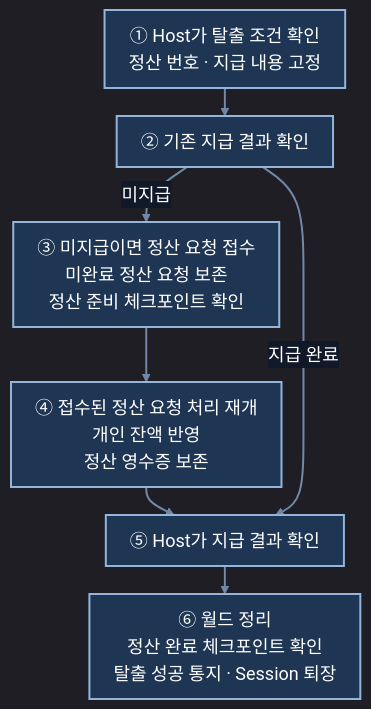
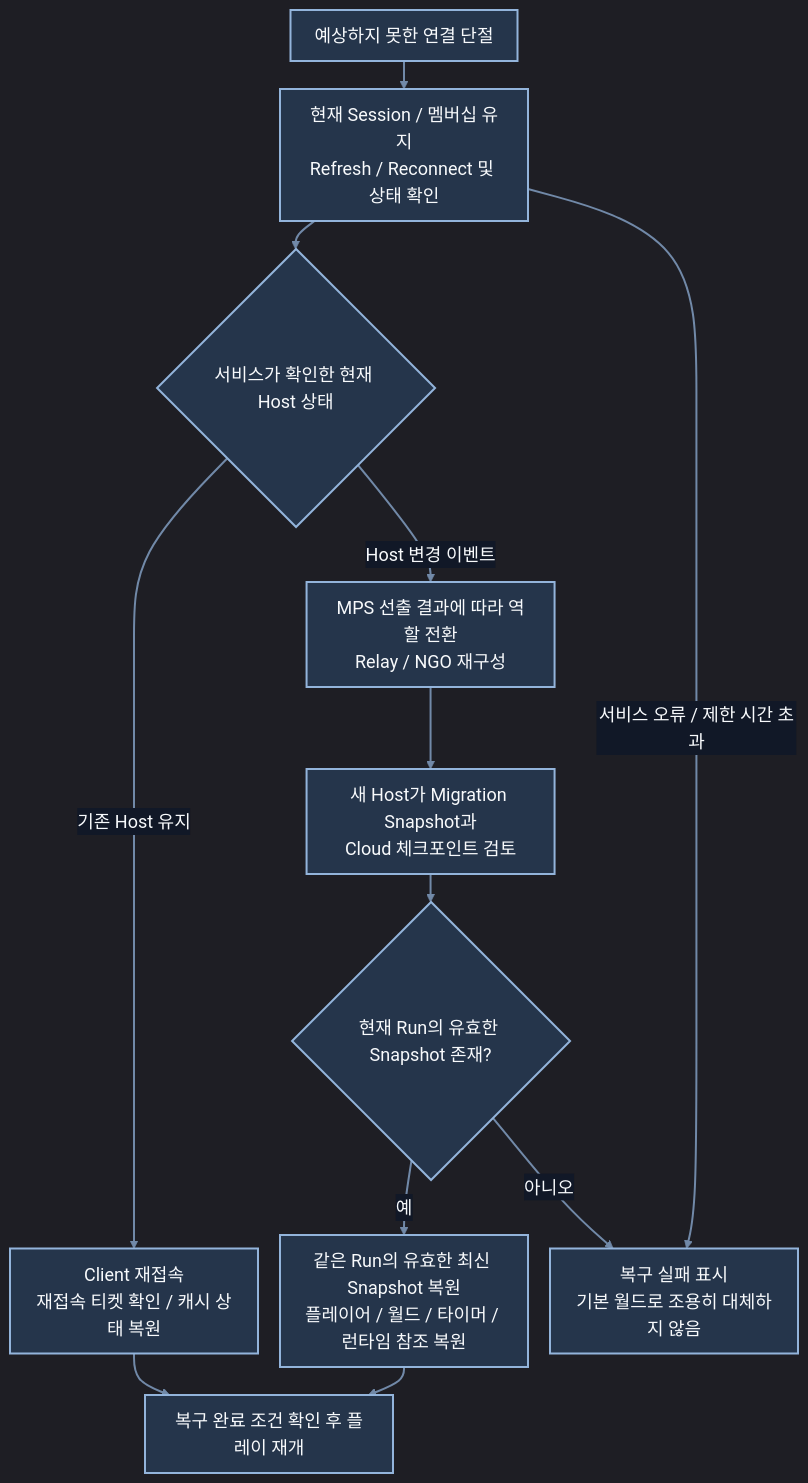
The eighth of 9 diagrams in README.md (theholmes2/EchoZone), drawn with Mermaid before and after one commit. The commit also changed other lines of this file, not shown here.

````diff
--- a/README.md
+++ b/README.md
@@ -109,17 +280,17 @@
 ```mermaid
-%%{init: {"theme":"dark","themeVariables":{"fontSize":"18px","fontFamily":"sans-serif","darkMode":true,"background":"#111827","primaryColor":"#1E3553","primaryTextColor":"#FFFFFF","primaryBorderColor":"#93B4DB","lineColor":"#7189A8","textColor":"#FFFFFF","actorBkg":"#12243A","actorBorder":"#93B4DB","actorTextColor":"#FFFFFF","signalColor":"#FFFFFF","signalTextColor":"#FFFFFF","actorLineColor":"#7189A8","noteBkgColor":"#182A40","noteTextColor":"#FFFFFF","noteBorderColor":"#93B4DB","edgeLabelBackground":"#111827"},"flowchart":{"nodeSpacing":24,"rankSpacing":28,"padding":12,"wrappingWidth":300},"sequence":{"actorMargin":30,"width":120,"height":44,"messageMargin":28,"mirrorActors":false,"wrap":true,"actorFontSize":19,"messageFontSize":18,"noteFontSize":18},"themeCSS":"text, tspan { fill: #FFFFFF !important; } .nodeLabel, .nodeLabel p, .edgeLabel, .edgeLabel p { color: #FFFFFF !important; } .messageText, .noteText { fill: #FFFFFF !important; } .messageLine0, .messageLine1 { stroke: #FFFFFF !important; stroke-width: 2px !important; } .actor-line { stroke: #7189A8 !important; }"}}%%
+%%{init: {"theme":"dark","themeVariables":{"fontSize":"18px","fontFamily":"sans-serif","primaryColor":"#1E3553","primaryTextColor":"#F8FAFC","primaryBorderColor":"#93B4DB","lineColor":"#7189A8","secondaryColor":"#183C30","tertiaryColor":"#49371D","clusterBkg":"#1E3553","clusterBorder":"#93B4DB","actorBkg":"#1E3553","actorBorder":"#93B4DB","actorTextColor":"#F8FAFC","signalColor":"#F8FAFC","signalTextColor":"#F8FAFC","labelBoxBkgColor":"#49371D","labelBoxBorderColor":"#D9B66F","labelTextColor":"#F8FAFC","loopTextColor":"#F8FAFC","noteBkgColor":"#25354B","noteTextColor":"#F8FAFC","noteBorderColor":"#93B4DB","textColor":"#F8FAFC","titleColor":"#F8FAFC","secondaryTextColor":"#F8FAFC","tertiaryTextColor":"#F8FAFC","edgeLabelBackground":"#111827","nodeTextColor":"#F8FAFC","actorLineColor":"#CBD5E1","activationBorderColor":"#CBD5E1","activationBkgColor":"#25354B","darkMode":true,"background":"#111827"},"flowchart":{"nodeSpacing":22,"rankSpacing":28,"padding":12},"sequence":{"actorMargin":24,"width":110,"height":44,"diagramMarginX":8,"diagramMarginY":12,"messageMargin":28,"mirrorActors":false,"wrap":true,"actorFontSize":18,"messageFontSize":18,"noteFontSize":17},"darkMode":true,"themeCSS":"text, tspan { fill: #F8FAFC !important; } .nodeLabel, .nodeLabel p, .nodeLabel span, .edgeLabel, .edgeLabel p, .cluster-label, .cluster-label p { color: #F8FAFC !important; } .messageText, .noteText, .labelText, .loopText { fill: #F8FAFC !important; color: #F8FAFC !important; } .messageLine0, .messageLine1, .actor-line { stroke: #E2E8F0 !important; }"}}%%
 flowchart TD
-    A["① Host가 탈출 조건 확인<br/>정산 번호 · 지급 내용 고정"]
-    B["② 기존 지급 결과 확인"]
-    C["③ 미지급이면 정산 요청 접수<br/>미완료 정산 요청 보존<br/>정산 준비 체크포인트 확인"]
-    D["④ 접수된 정산 요청 처리 재개<br/>개인 잔액 반영<br/>정산 영수증 보존"]
-    E["⑤ Host가 지급 결과 확인"]
-    F["⑥ 월드 정리<br/>정산 완료 체크포인트 확인<br/>탈출 성공 통지 · Session 퇴장"]
-    A --> B
-    B -->|미지급| C
-    C --> D --> E
-    B -->|지급 완료| E
-    E --> F
-    classDef default fill:#1E3553,stroke:#93B4DB,stroke-width:2px,color:#FFFFFF
-    linkStyle default stroke:#7189A8,stroke-width:2px,color:#FFFFFF
+    D["예상하지 못한 연결 단절"] --> K["현재 Session / 멤버십 유지<br/>Refresh / Reconnect 및 상태 확인"]
+    K --> T{"서비스가 확인한 현재 Host 상태"}
+    T -->|기존 Host 유지| C["Client 재접속<br/>재접속 티켓 확인 / 캐시 상태 복원"]
+    T -->|Host 변경 이벤트| M["MPS 선출 결과에 따라 역할 전환<br/>Relay / NGO 재구성"]
+    M --> N["새 Host가 Migration Snapshot과<br/>Cloud 체크포인트 검토"]
+    N --> V{"현재 Run의 유효한 Snapshot 존재?"}
+    V -->|예| A["같은 Run의 유효한 최신 Snapshot 복원<br/>플레이어 / 월드 / 타이머 / 런타임 참조 복원"]
+    A --> B["복구 완료 조건 확인 후 플레이 재개"]
+    C --> B
+    V -->|아니오| F["복구 실패 표시<br/>기본 월드로 조용히 대체하지 않음"]
+    K -->|서비스 오류 / 제한 시간 초과| F
+    classDef default fill:#25354B,stroke:#93B4DB,stroke-width:2px,color:#F8FAFC
+    linkStyle default stroke:#7189A8,stroke-width:2px,color:#F8FAFC
 ```
````
